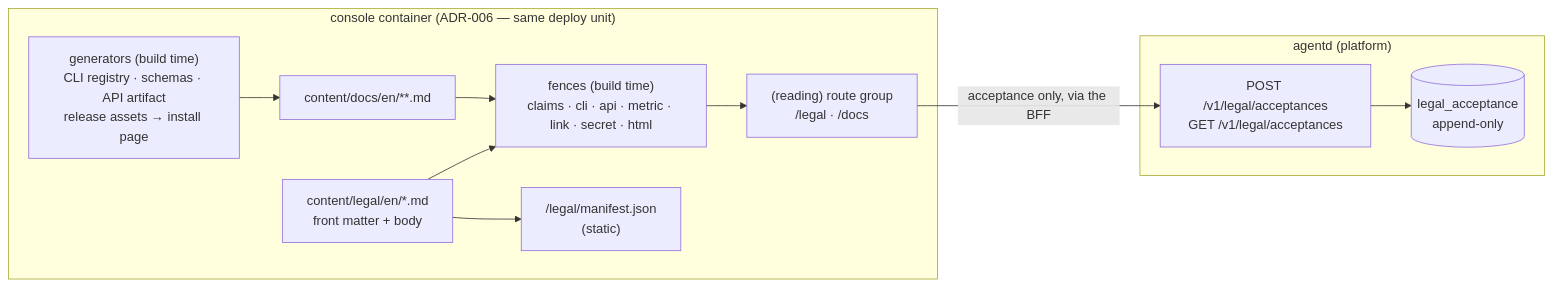
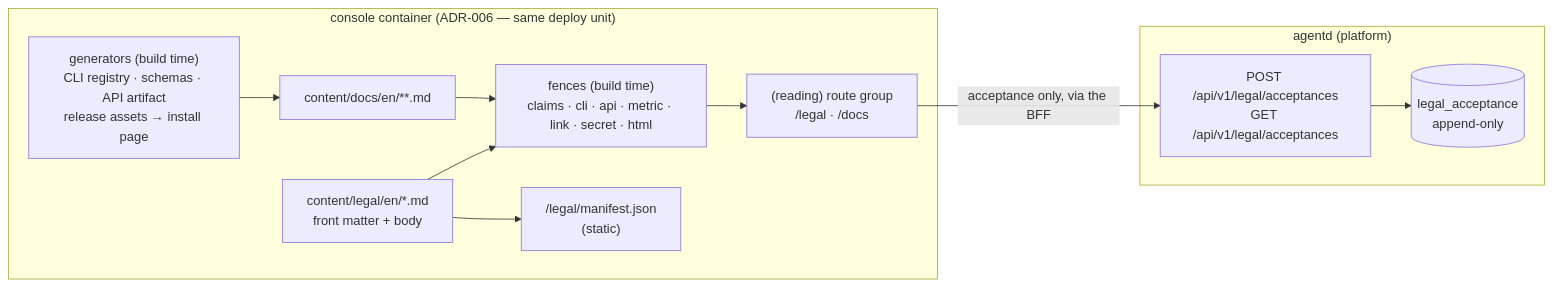
One commit to damonleelcx/heros-agent changed the diagram in docs/prd/P23-legal-and-developer-docs.md. Above: the diagram before and after it, drawn with Mermaid. The commit also changed other lines of this file and 136 other files, not shown here.

````diff
--- a/docs/prd/P23-legal-and-developer-docs.md
+++ b/docs/prd/P23-legal-and-developer-docs.md
@@ -363,20 +363,20 @@
 ```mermaid
 flowchart LR
   subgraph console["console container (ADR-006 — same deploy unit)"]
     C1["content/legal/en/*.md<br/>front matter + body"]
     C2["content/docs/en/**.md"]
     G["generators (build time)<br/>CLI registry · schemas · API artifact<br/>release assets → install page"]
     F["fences (build time)<br/>claims · cli · api · metric · link · secret · html"]
     R["(reading) route group<br/>/legal · /docs"]
     M["/legal/manifest.json<br/>(static)"]
   end
   subgraph platform["agentd (platform)"]
-    A["POST /v1/legal/acceptances<br/>GET /v1/legal/acceptances"]
+    A["POST /api/v1/legal/acceptances<br/>GET /api/v1/legal/acceptances"]
     DB[("legal_acceptance<br/>append-only")]
   end
   C1 --> F --> R
   C2 --> F
   G --> C2
   C1 --> M
   R -- "acceptance only, via the BFF" --> A --> DB
 ```
````
